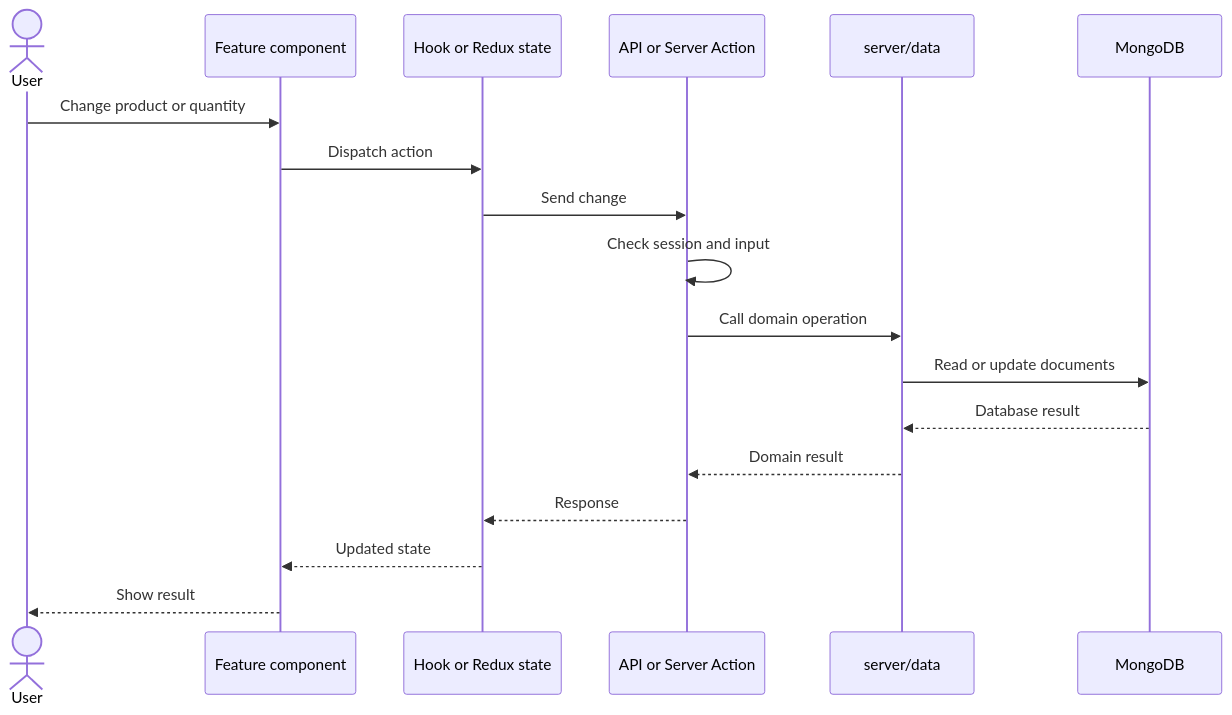
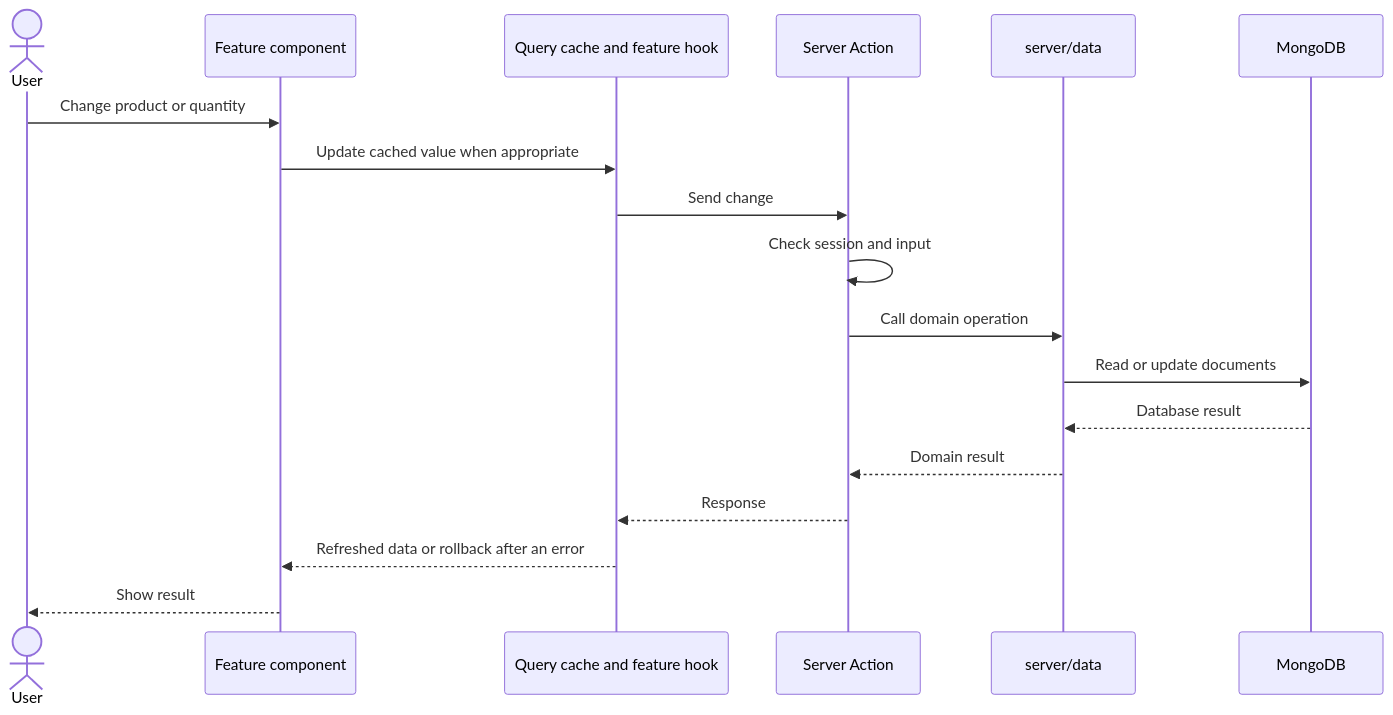
The third of 5 diagrams in docs/DATA-AND-WORKFLOWS.md (danikas2k2/rusys), drawn with Mermaid before and after one commit. The commit also changed other lines of this file and 385 other files, not shown here.

First line of the commit message:
#331: migrate redux server state to tanstack query and add zod form validation

````diff
--- a/docs/DATA-AND-WORKFLOWS.md
+++ b/docs/DATA-AND-WORKFLOWS.md
@@ -119,20 +120,20 @@
 ```mermaid
 sequenceDiagram
     actor U as User
     participant UI as Feature component
-    participant H as Hook or Redux state
-    participant E as API or Server Action
+    participant H as Query cache and feature hook
+    participant E as Server Action
     participant D as server/data
     participant M as MongoDB
     U->>UI: Change product or quantity
-    UI->>H: Dispatch action
+    UI->>H: Update cached value when appropriate
     H->>E: Send change
     E->>E: Check session and input
     E->>D: Call domain operation
     D->>M: Read or update documents
     M-->>D: Database result
     D-->>E: Domain result
     E-->>H: Response
-    H-->>UI: Updated state
+    H-->>UI: Refreshed data or rollback after an error
     UI-->>U: Show result
 ```
````
